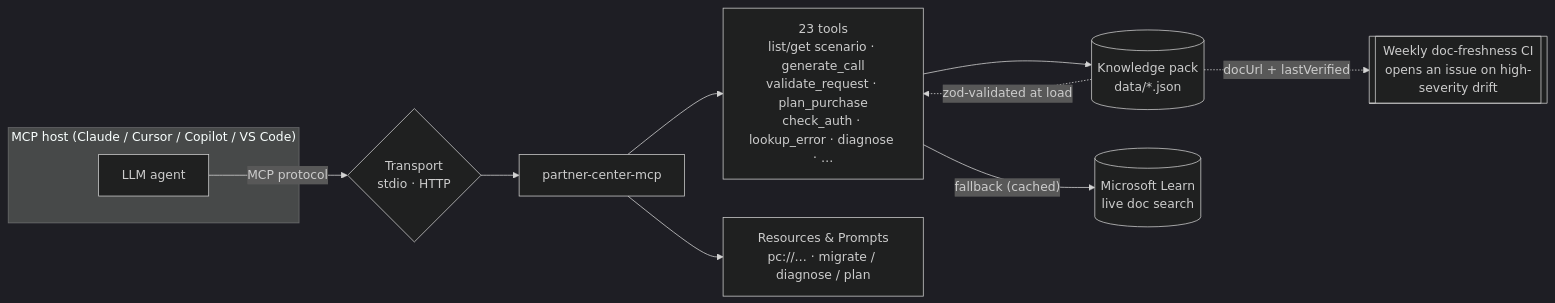
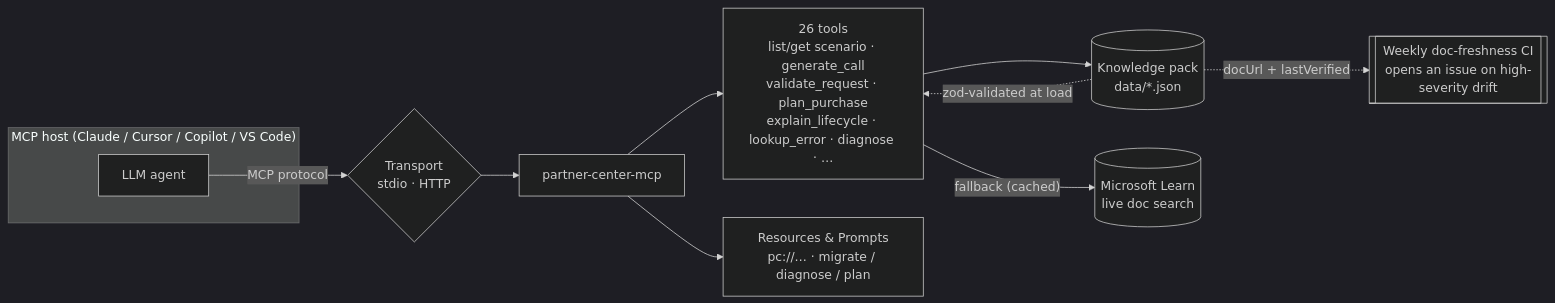
The diagram in README.md (tunahanaliozturk/partner-center-mcp), drawn with Mermaid (dark theme) before and after one commit. The commit also changed other lines of this file and 2 other files, not shown here.

Commit message:
docs: cover the lifecycle tools and regenerate the exports

````diff
--- a/README.md
+++ b/README.md
@@ -30,14 +30,14 @@
 ```mermaid
 flowchart LR
   subgraph Host["MCP host (Claude / Cursor / Copilot / VS Code)"]
     LLM["LLM agent"]
   end
   LLM -->|"MCP protocol"| T{"Transport<br/>stdio · HTTP"}
   T --> S["partner-center-mcp"]
-  S --> Tools["23 tools<br/>list/get scenario · generate_call<br/>validate_request · plan_purchase<br/>check_auth · lookup_error · diagnose · …"]
+  S --> Tools["26 tools<br/>list/get scenario · generate_call<br/>validate_request · plan_purchase<br/>explain_lifecycle · lookup_error · diagnose · …"]
   S --> RP["Resources & Prompts<br/>pc://… · migrate / diagnose / plan"]
   Tools --> KP[("Knowledge pack<br/>data/*.json")]
   KP -. "zod-validated at load" .-> Tools
   Tools -->|"fallback (cached)"| ML[("Microsoft Learn<br/>live doc search")]
   KP -. "docUrl + lastVerified" .-> CI[["Weekly doc-freshness CI<br/>opens an issue on high-severity drift"]]
 ```
````
